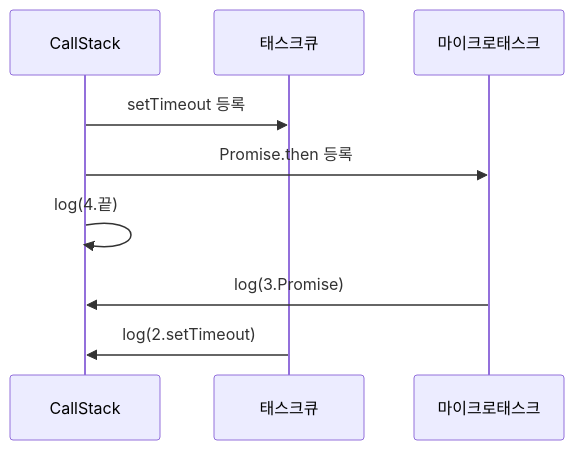
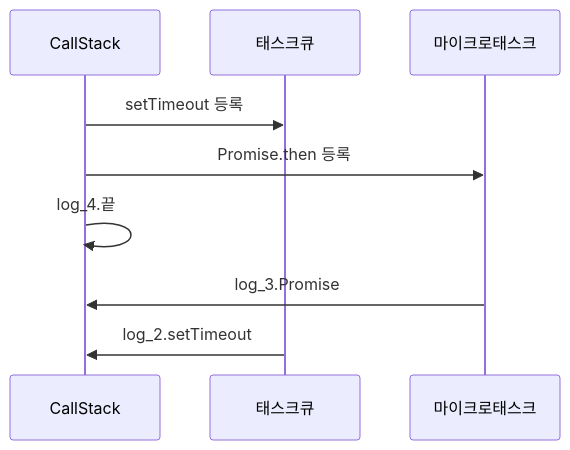
One commit to yjkim2015/yjkim2015.github.io changed the sixth of 13 diagrams in _posts/frontend/2026-05-02-js-event-loop.md. Above: the diagram before and after it, drawn with Mermaid. The commit also changed other lines of this file and 85 other files, not shown here.

First line of the commit message:
sequenceDiagram 문법 에러 2차 수정 169개 (86파일)

````diff
--- a/_posts/frontend/2026-05-02-js-event-loop.md
+++ b/_posts/frontend/2026-05-02-js-event-loop.md
@@ -159,8 +159,8 @@
 ```mermaid
 sequenceDiagram
     CallStack->>태스크큐: setTimeout 등록
     CallStack->>마이크로태스크: Promise.then 등록
-    CallStack->>CallStack: log(4.끝)
-    마이크로태스크->>CallStack: log(3.Promise)
-    태스크큐->>CallStack: log(2.setTimeout)
+    CallStack->>CallStack: log_4.끝
+    마이크로태스크->>CallStack: log_3.Promise
+    태스크큐->>CallStack: log_2.setTimeout
 ```
````
